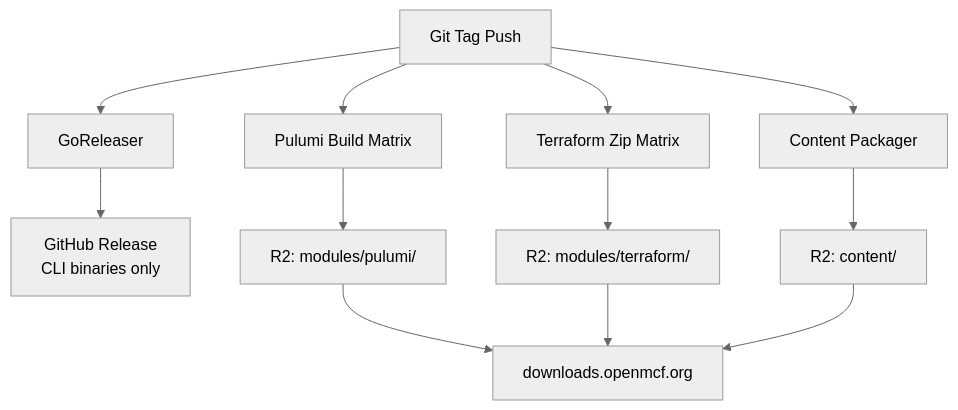
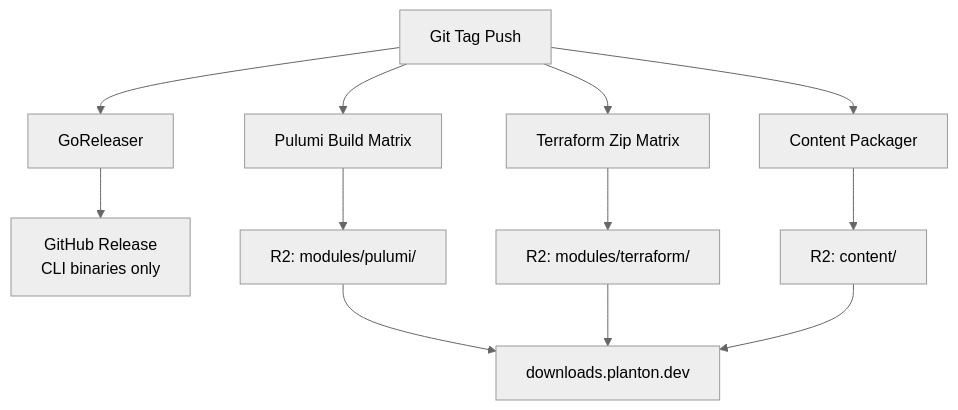
Before and after one commit to plantonhq/planton: the diagram in _changelog/2026-03/2026-03-10-063513-migrate-release-artifacts-to-cloudflare-r2.md, drawn with Mermaid (neutral theme). The commit also changed other lines of this file and 26098 other files, not shown here.

````diff
--- a/_changelog/2026-03/2026-03-10-063513-migrate-release-artifacts-to-cloudflare-r2.md
+++ b/_changelog/2026-03/2026-03-10-063513-migrate-release-artifacts-to-cloudflare-r2.md
@@ -51,16 +51,16 @@
 ```mermaid
 flowchart TB
     Tag[Git Tag Push] --> CLI[GoReleaser]
     Tag --> Pulumi[Pulumi Build Matrix]
     Tag --> Terraform[Terraform Zip Matrix]
     Tag --> Content[Content Packager]
 
     CLI --> GHRelease[GitHub Release<br/>CLI binaries only]
     Pulumi --> R2Pulumi[R2: modules/pulumi/]
     Terraform --> R2Terraform[R2: modules/terraform/]
     Content --> R2Content[R2: content/]
 
-    R2Pulumi --> CDN[downloads.openmcf.org]
+    R2Pulumi --> CDN[downloads.planton.dev]
     R2Terraform --> CDN
     R2Content --> CDN
 ```
````
